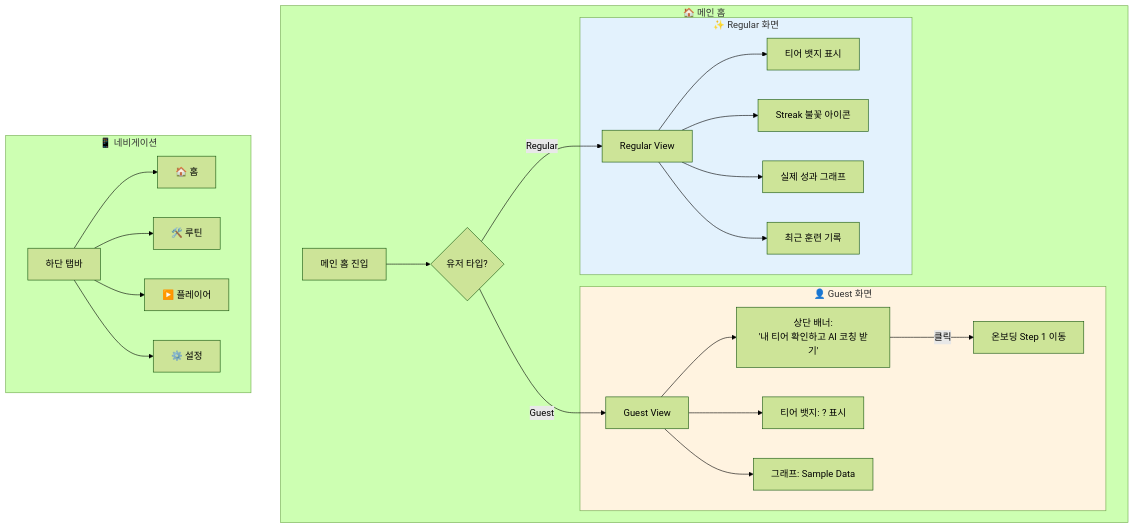
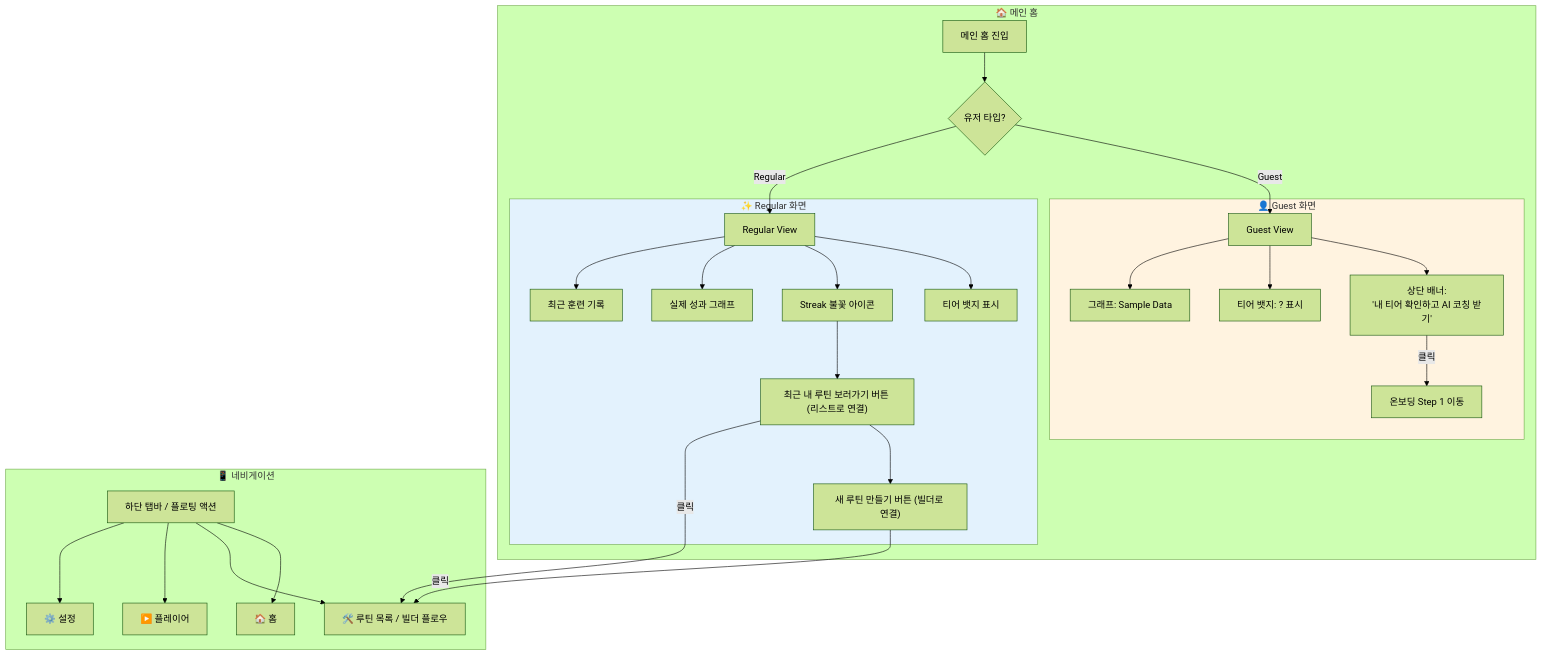
The third of 9 diagrams in docs/userflow.mermaid.md (magictical/griplab), drawn with Mermaid (forest theme) before and after one commit. The commit also changed 33 other files, not shown here.

````diff
--- a/docs/userflow.mermaid.md
+++ b/docs/userflow.mermaid.md
@@ -132,34 +132,38 @@
 ```mermaid
 flowchart TD
     subgraph Home["🏠 메인 홈"]
         A[메인 홈 진입] --> B{유저 타입?}
 
         B -->|Guest| C[Guest View]
         B -->|Regular| D[Regular View]
 
         subgraph GuestView["👤 Guest 화면"]
             C --> C1["상단 배너:<br/>'내 티어 확인하고 AI 코칭 받기'"]
             C --> C2["티어 뱃지: ? 표시"]
             C --> C3["그래프: Sample Data"]
             C1 -->|클릭| C4[온보딩 Step 1 이동]
         end
 
         subgraph RegularView["✨ Regular 화면"]
             D --> D1[티어 뱃지 표시]
             D --> D2["Streak 불꽃 아이콘"]
+            D2 --> D5["최근 내 루틴 보러가기 버튼 (리스트로 연결)"]
+            D5 --> D6["새 루틴 만들기 버튼 (빌더로 연결)"]
             D --> D3[실제 성과 그래프]
             D --> D4[최근 훈련 기록]
         end
     end
 
     subgraph Navigation["📱 네비게이션"]
-        E[하단 탭바]
+        E[하단 탭바 / 플로팅 액션]
         E --> F[🏠 홈]
-        E --> G[🛠️ 루틴]
+        E --> G[🛠️ 루틴 목록 / 빌더 플로우]
         E --> H[▶️ 플레이어]
         E --> I[⚙️ 설정]
+        D5 -->|클릭| G
+        D6 -->|클릭| G
     end
 
     style GuestView fill:#fff3e0
     style RegularView fill:#e3f2fd
 ```
````
